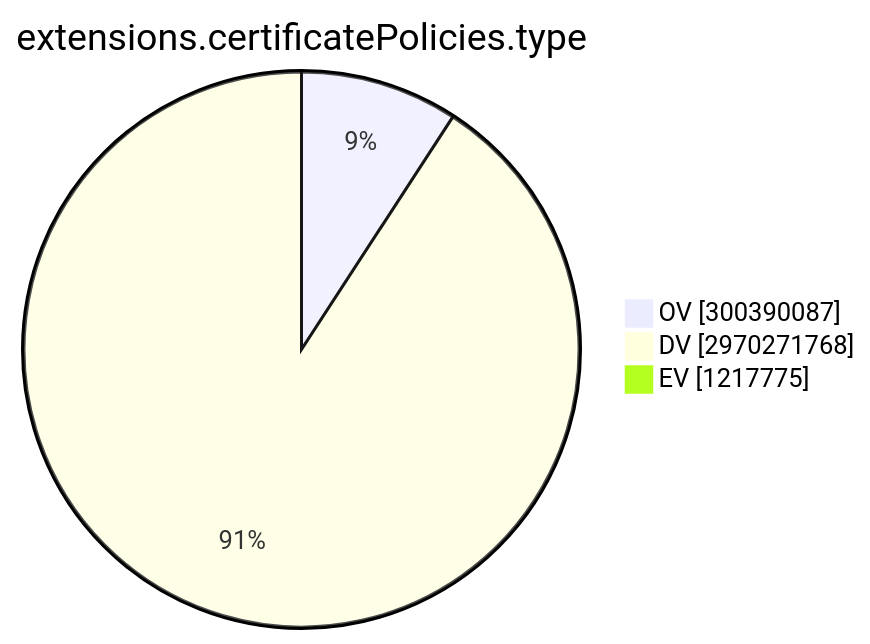
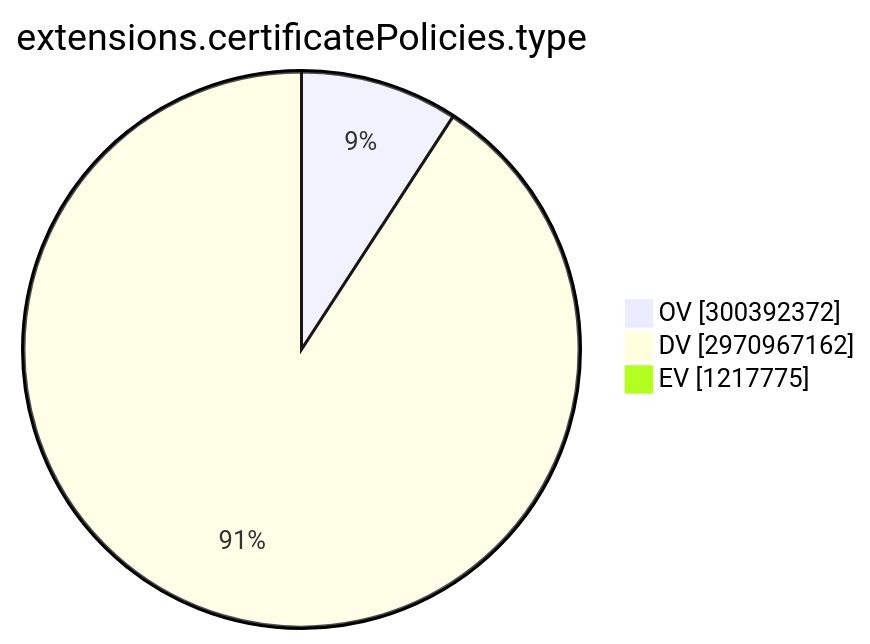
The ninth of 15 diagrams in TOTAL/README.md (christiankrug/ctmonitor_visualization), drawn with Mermaid before and after one commit. The commit also changed other lines of this file, not shown here.

````diff
--- a/TOTAL/README.md
+++ b/TOTAL/README.md
@@ -3101,7 +3101,7 @@
 ```mermaid
 pie showData
 title extensions.certificatePolicies.type
-"OV" :300390087
-"DV" :2970271768
+"OV" :300392372
+"DV" :2970967162
 "EV" :1217775
 ```
````
